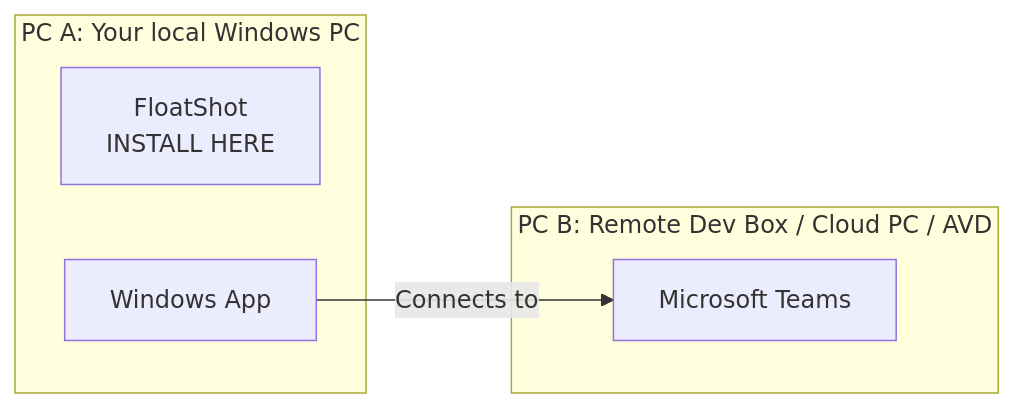
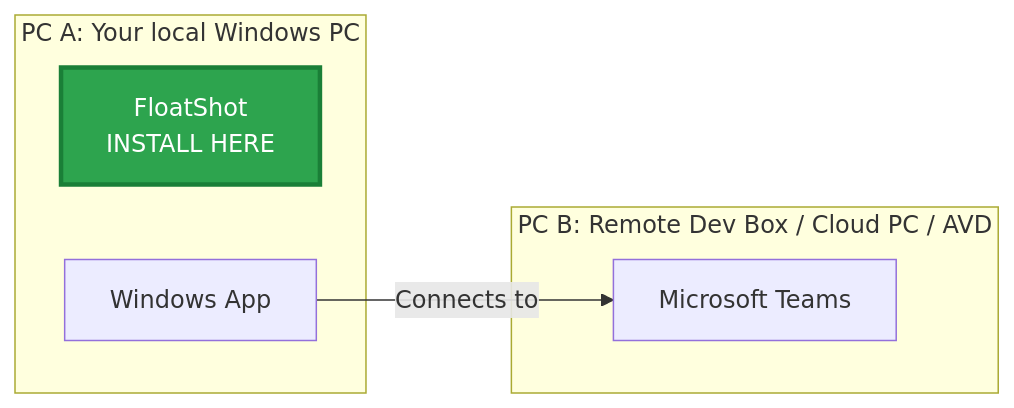
One commit to yunbozhang-msft/FloatShot changed the diagram in README.md. Above: the diagram before and after it, drawn with Mermaid.

Commit message:
Highlight FloatShot install location

````diff
--- a/README.md
+++ b/README.md
@@ -13,13 +13,16 @@
 ```mermaid
 flowchart LR
 	subgraph Local["PC A: Your local Windows PC"]
 		FloatShot["FloatShot<br/>INSTALL HERE"]
 		WindowsApp["Windows App"]
 	end
 
 	subgraph Remote["PC B: Remote Dev Box / Cloud PC / AVD"]
 		Teams["Microsoft Teams"]
 	end
 
 	WindowsApp -->|"Connects to"| Teams
+
+	classDef install fill:#2da44e,color:#ffffff,stroke:#1a7f37,stroke-width:3px
+	class FloatShot install
 ```
````
